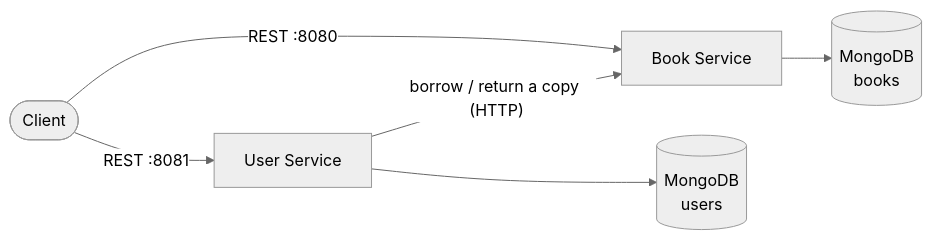
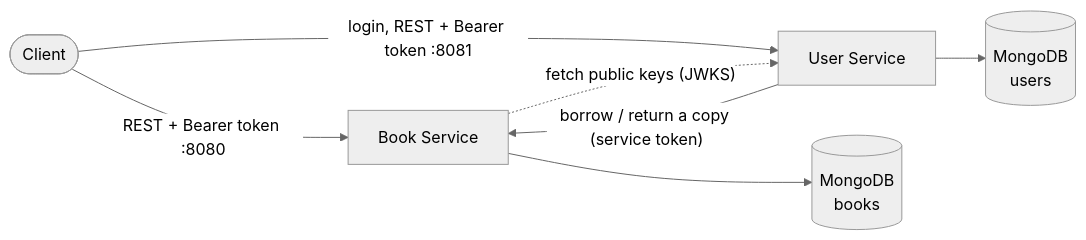
The diagram in README.md (JuliaLavagnini/library-platform), drawn with Mermaid (neutral theme) before and after one commit. The commit also changed other lines of this file, not shown here.

````diff
--- a/README.md
+++ b/README.md
@@ -40,8 +42,9 @@
 ```mermaid
 flowchart LR
-    client([Client]) -->|REST :8080| book[Book Service]
-    client -->|REST :8081| user[User Service]
-    user -->|"borrow / return a copy (HTTP)"| book
+    client([Client]) -->|"REST + Bearer token :8080"| book[Book Service]
+    client -->|"login, REST + Bearer token :8081"| user[User Service]
+    user -->|"borrow / return a copy (service token)"| book
+    book -.->|"fetch public keys (JWKS)"| user
     book --> booksdb[(MongoDB<br/>books)]
     user --> usersdb[(MongoDB<br/>users)]
 ```
````
